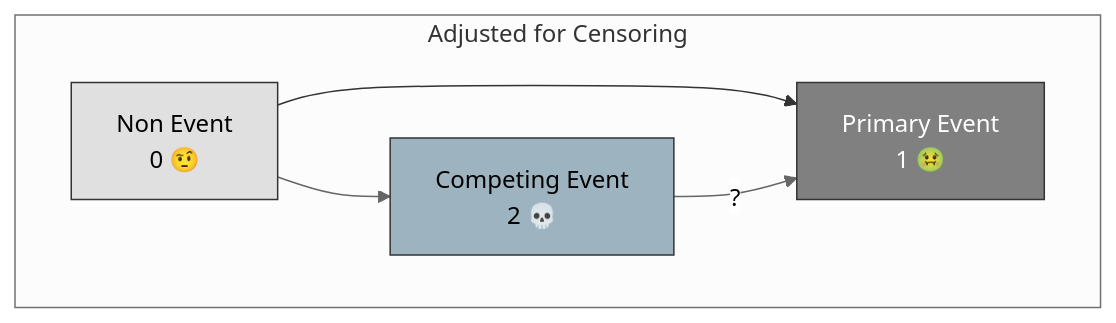
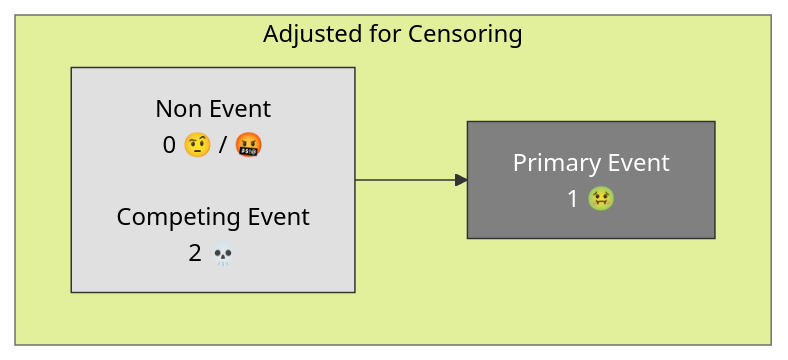
The fourth of 5 diagrams in docs/before_we_validate.qmd (uriahf/rtichoke_python), drawn with Mermaid (neutral theme) before and after one commit. The commit also changed other lines of this file and 45 other files, not shown here.

````diff
--- a/docs/before_we_validate.qmd
+++ b/docs/before_we_validate.qmd
@@ -179,23 +184,23 @@
 ```{mermaid}
 
 graph LR
-    subgraph Adjusted for Censoring 
+    subgraph adj[Adjusted for Censoring]
     direction LR
-    S0["Non Event<br>0 🤨"] -->S1["Primary Event<br>1 🤢"]    
-    S0 -->S2["Competing Event<br>2 💀"]
-    S2 --?-->S1
+    S0["Non Event<br>0 🤨 / 🤬<br><br> Competing Event<br>2 💀"] -->S1["Primary Event<br>1 🤢"]    
     end
 
     
     classDef nonEvent fill:#E0E0E0,stroke:#333,stroke-width:1px,color:black
     classDef primaryEvent fill:#808080,stroke:#333,stroke-width:1px,color:white
     classDef competingEvent fill:#9DB4C0,stroke:#333,stroke-width:1px,color:black
     
     class S0 nonEvent
     class S1 primaryEvent
     class S2 competingEvent
 
+    style adj fill:#E3F09B,color:black
+
 
     linkStyle 0 stroke:#333
 
 ```
````
